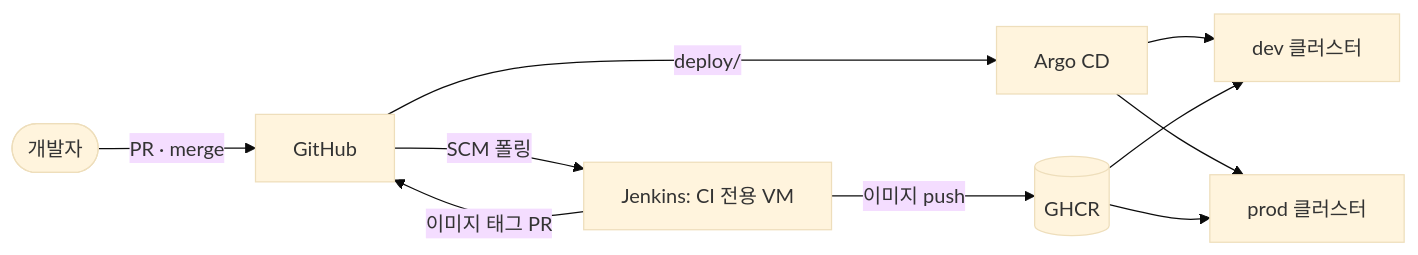
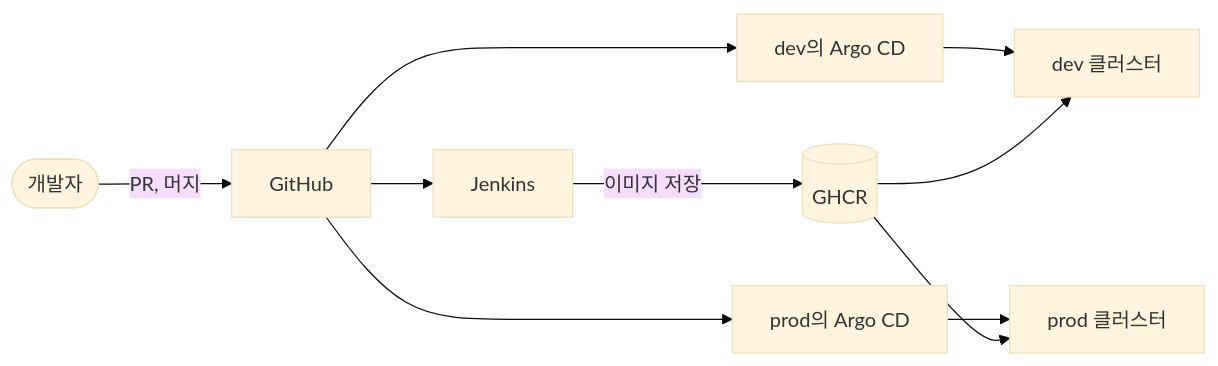
Before and after one commit to ktcloud-cloudnative-2026/team03-HelloCloud: the fifth of 5 diagrams in docs/architecture.md, drawn with Mermaid (base theme). The commit also changed other lines of this file and 4 other files, not shown here.

````diff
--- a/docs/architecture.md
+++ b/docs/architecture.md
@@ -77,12 +117,12 @@
 ```mermaid
 flowchart LR
-  dev([개발자]) -->|PR · merge| gh[GitHub]
-  gh -->|SCM 폴링| jk[Jenkins: CI 전용 VM]
-  jk -->|이미지 push| reg[(GHCR)]
-  jk -->|이미지 태그 PR| gh
-  gh -->|deploy/| argo[Argo CD]
-  argo --> cdev[dev 클러스터]
-  argo --> cprod[prod 클러스터]
+  dev([개발자]) -->|PR, 머지| gh[GitHub]
+  gh --> jk[Jenkins]
+  jk -->|이미지 저장| reg[(GHCR)]
+  gh --> adev[dev의 Argo CD]
+  gh --> aprod[prod의 Argo CD]
+  adev --> cdev[dev 클러스터]
+  aprod --> cprod[prod 클러스터]
   reg --> cdev
   reg --> cprod
 ```
````
